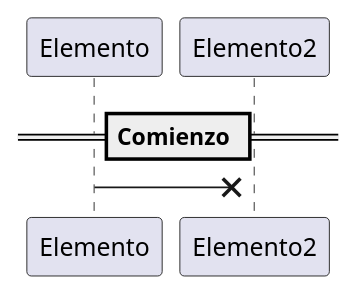
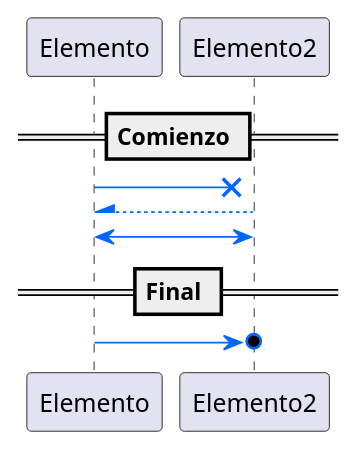
The diagram in uml/diagrama4.puml (Espadv69/uml-begginer), drawn with PlantUML before and after one commit.

Commit message:
Update: it can put colors in lines.

```diff
--- a/uml/diagrama4.puml
+++ b/uml/diagrama4.puml
@@ -1,7 +1,13 @@
 @startuml diagrama4
 
     == Comienzo ==
 
-    Elemento -x Elemento2
+    Elemento -[#0066ff]x Elemento2
+    Elemento2 -[#0066ff]-\ Elemento
+    Elemento2 <-[#0066ff]> Elemento
+
+    == Final ==
+
+    Elemento -[#0066ff]>O Elemento2
 
 @enduml
```
